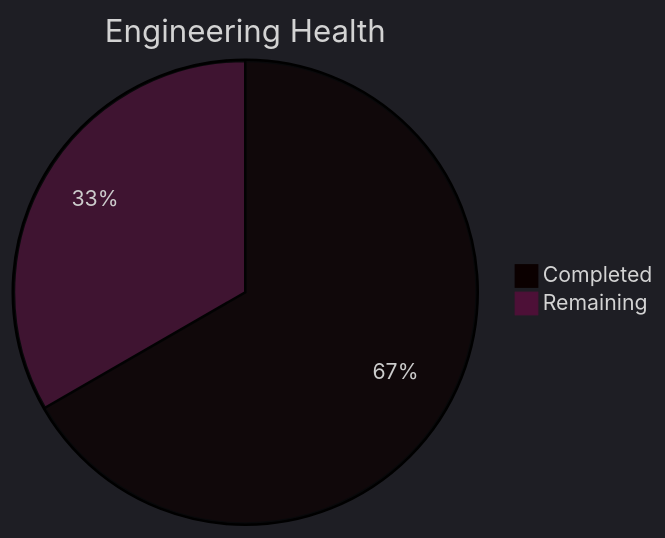
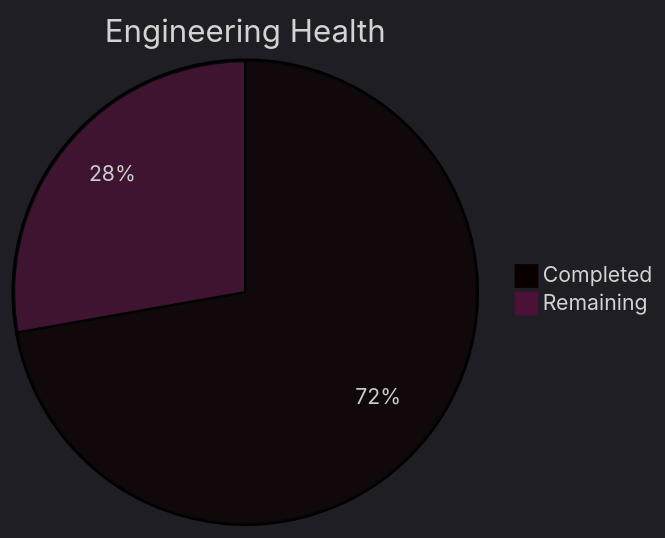
The third of 6 diagrams in tools/SK8Lytz_Bucket_List.md (Neogleamz/SK8Lytz), drawn with Mermaid before and after one commit. The commit also changed other lines of this file, not shown here.

Commit message:
chore(docs): mark fix/supabase-database-typing as complete

````diff
--- a/tools/SK8Lytz_Bucket_List.md
+++ b/tools/SK8Lytz_Bucket_List.md
@@ -39,6 +39,6 @@
 ```mermaid
 %%{init: {'theme': 'dark'}}%%
 pie title Engineering Health
-  "Completed" : 12
-  "Remaining" : 6
+  "Completed" : 13
+  "Remaining" : 5
 ```
````
